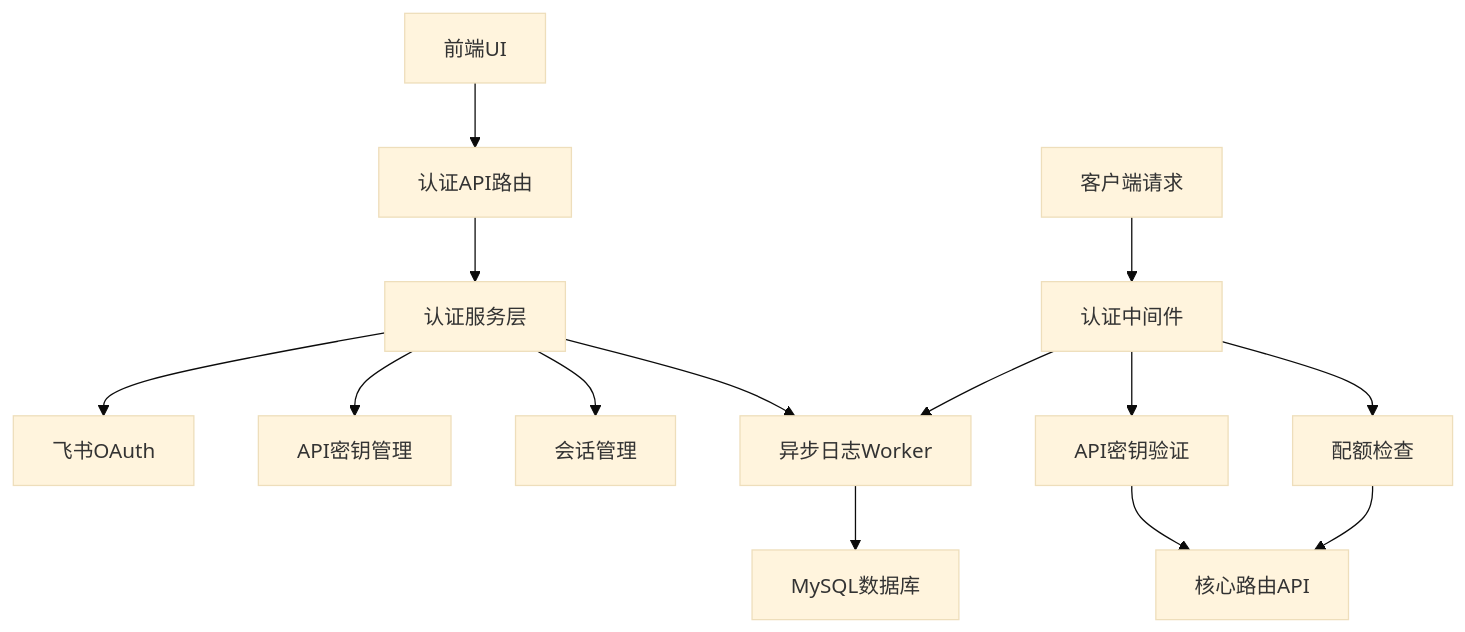
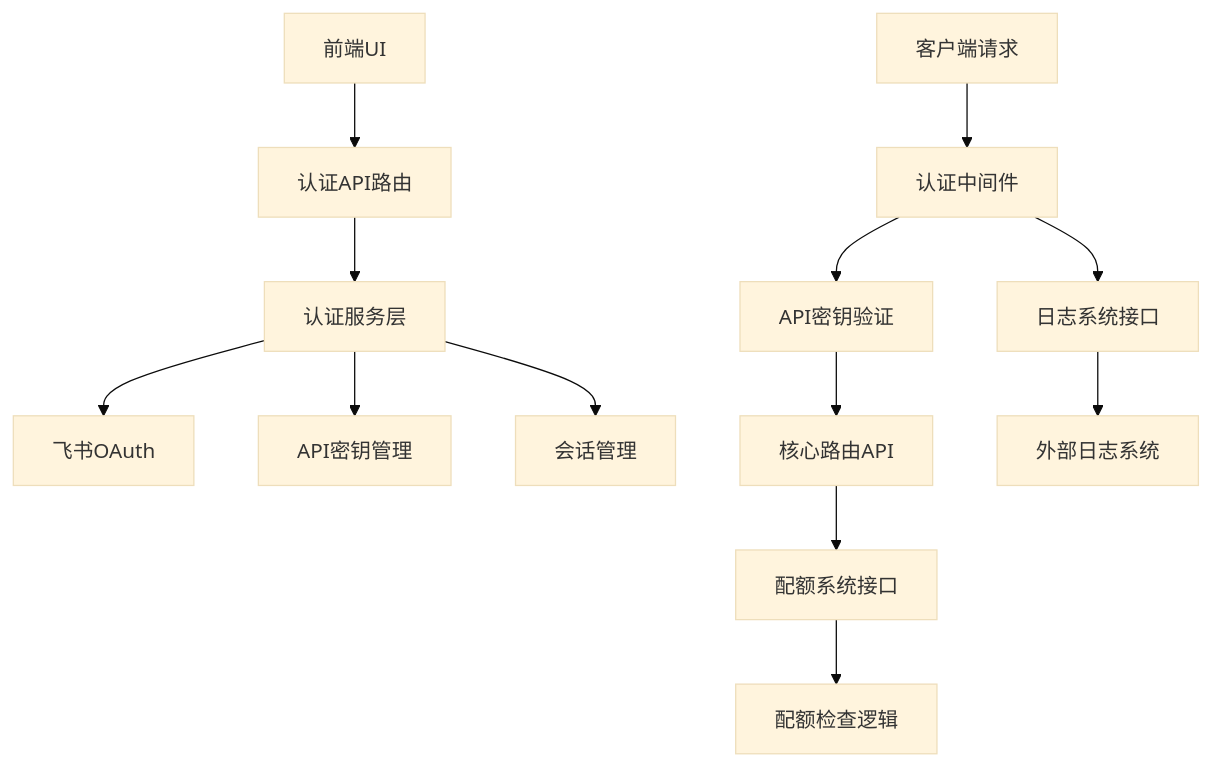
Before and after one commit to im47cn/claude-code-router: the first of 4 diagrams in .spec-workflow/specs/20251028-01-auth/design.md, drawn with Mermaid (base theme). The commit also changed other lines of this file and 38 other files, not shown here.

````diff
--- a/.spec-workflow/specs/20251028-01-auth/design.md
+++ b/.spec-workflow/specs/20251028-01-auth/design.md
@@ -61,18 +62,18 @@
 ```mermaid
 graph TD
     A[前端UI] --> B[认证API路由]
     B --> C[认证服务层]
     C --> D[飞书OAuth]
     C --> E[API密钥管理]
     C --> F[会话管理]
 
     G[客户端请求] --> H[认证中间件]
     H --> I[API密钥验证]
-    H --> J[配额检查]
-    I --> K[核心路由API]
-    J --> K
+    I --> J[核心路由API]
 
-    L[异步日志Worker] --> M[MySQL数据库]
-    C --> L
-    H --> L
+    J --> K[配额系统接口]
+    K --> L[配额检查逻辑]
+
+    H --> M[日志系统接口]
+    M --> N[外部日志系统]
 ```
````
